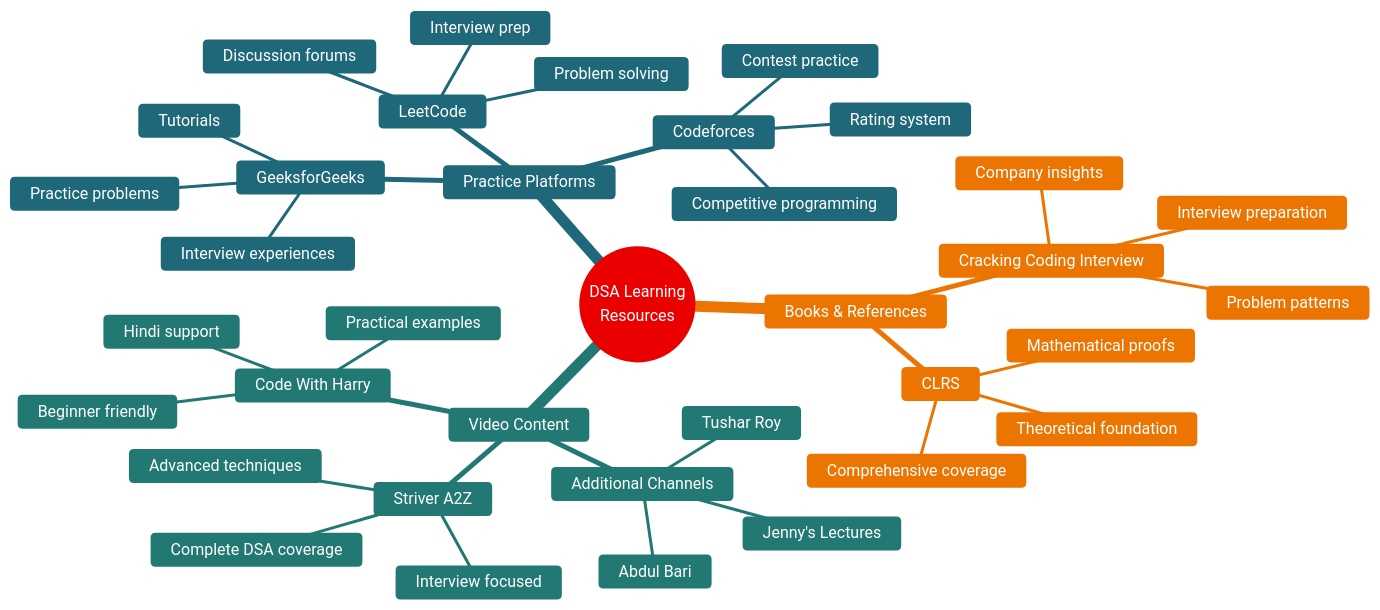
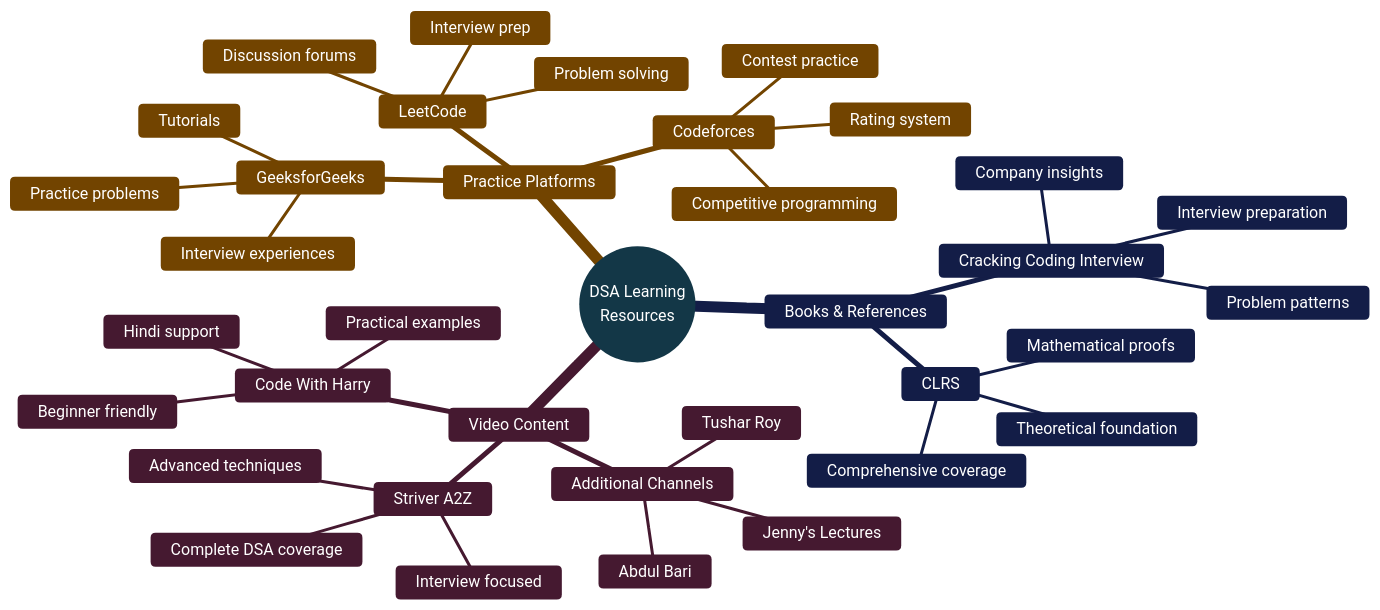
One commit to AbhishekGiri04/CodeVault changed the first of 6 diagrams in references/learning-resources.md. Above: the diagram before and after it, drawn with Mermaid. The commit also changed other lines of this file, not shown here.

````diff
--- a/references/learning-resources.md
+++ b/references/learning-resources.md
@@ -17,41 +17,41 @@
 ```mermaid
 mindmap
   root((DSA Learning<br/>Resources))
     Video Content
       Striver A2Z
         Complete DSA coverage
         Interview focused
         Advanced techniques
       Code With Harry
         Beginner friendly
         Hindi support
         Practical examples
       Additional Channels
         Abdul Bari
         Jenny's Lectures
         Tushar Roy
     Practice Platforms
       LeetCode
         Problem solving
         Interview prep
         Discussion forums
       Codeforces
         Competitive programming
         Contest practice
         Rating system
       GeeksforGeeks
         Tutorials
         Practice problems
         Interview experiences
     Books & References
       CLRS
         Theoretical foundation
         Mathematical proofs
         Comprehensive coverage
       Cracking Coding Interview
         Interview preparation
         Problem patterns
         Company insights
 
-%%{init: {'theme':'base', 'themeVariables': {'primaryColor':'#ff6b6b', 'primaryTextColor':'#ffffff', 'primaryBorderColor':'#ffffff', 'lineColor':'#333333', 'secondaryColor':'#4ecdc4', 'tertiaryColor':'#45b7d1', 'background':'#ffa500', 'mainBkg':'#ff6b6b', 'secondBkg':'#4ecdc4', 'tertiaryBkg':'#45b7d1'}}}%%
+%%{init: {'theme':'base', 'themeVariables': {'primaryColor':'#2E86AB', 'primaryTextColor':'#ffffff', 'primaryBorderColor':'#ffffff', 'lineColor':'#4A4A4A', 'secondaryColor':'#A23B72', 'tertiaryColor':'#F18F01', 'background':'#C73E1D', 'mainBkg':'#2E86AB', 'secondBkg':'#A23B72', 'tertiaryBkg':'#F18F01'}}}%%
 ```
````
